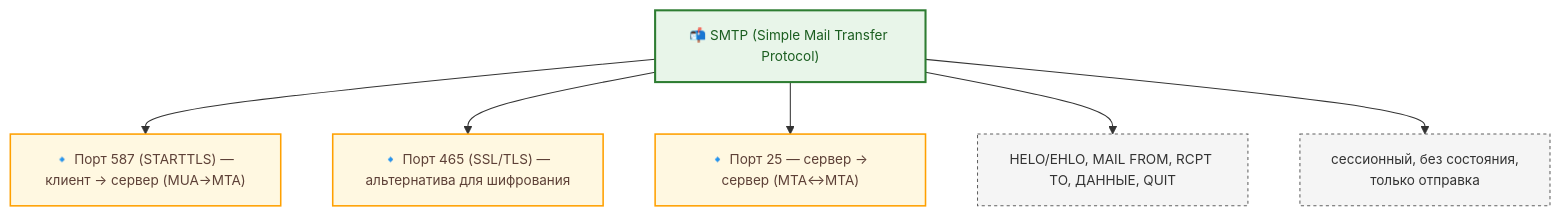
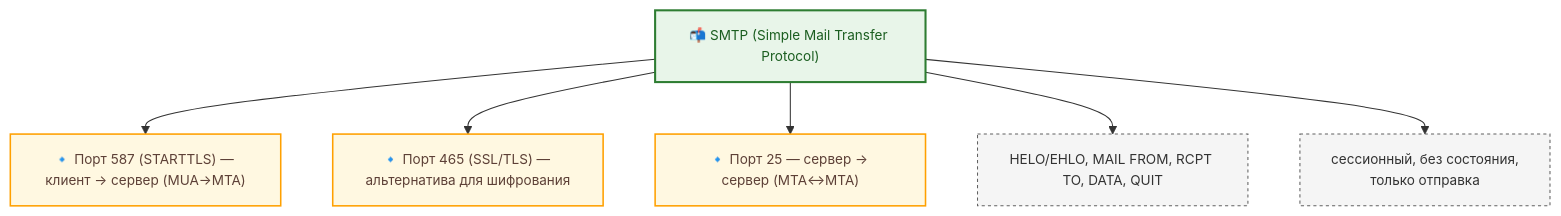
The second of 10 diagrams in docs/encyclopedia/1-basics/1-22-kommunikatsiya-i-obschenie/3.md (Spirzen/it-knowledge-base), drawn with Mermaid before and after one commit. The commit also changed other lines of this file and 1180 other files, not shown here.

````diff
--- a/docs/encyclopedia/1-basics/1-22-kommunikatsiya-i-obschenie/3.md
+++ b/docs/encyclopedia/1-basics/1-22-kommunikatsiya-i-obschenie/3.md
@@ -118,26 +118,26 @@
 ```mermaid
 %%{init: {
   "theme": "default",
   "themeVariables": {
     "fontSize": "13px",
     "fontFamily": "Segoe UI, Tahoma, sans-serif"
   }
 }}%%
 
 flowchart TB
     classDef proto fill:#e8f5e9,stroke:#2e7d32,stroke-width:2px,color:#1b5e20;
     classDef port fill:#fff8e1,stroke:#FFA000,stroke-width:1.5px,color:#5D4037;
     classDef cmd fill:#f5f5f5,stroke:#616161,stroke-dasharray: 3 3;
 
     SMTP["📬 SMTP (Simple Mail Transfer Protocol)"]:::proto
 
     SMTP --> P1["🔹 Порт 587 (STARTTLS) — клиент → сервер (MUA→MTA)"]:::port
     SMTP --> P2["🔹 Порт 465 (SSL/TLS) — альтернатива для шифрования"]:::port
     SMTP --> P3["🔹 Порт 25 — сервер → сервер (MTA↔MTA)"]:::port
 
-    SMTP --> C1["HELO/EHLO, MAIL FROM, RCPT TO, ДАННЫЕ, QUIT"]:::cmd
+    SMTP --> C1["HELO/EHLO, MAIL FROM, RCPT TO, DATA, QUIT"]:::cmd
     SMTP --> C2["сессионный, без состояния,\nтолько отправка"]:::cmd
 
     class P1,P2,P3 port
     class C1,C2 cmd
 ```
````
